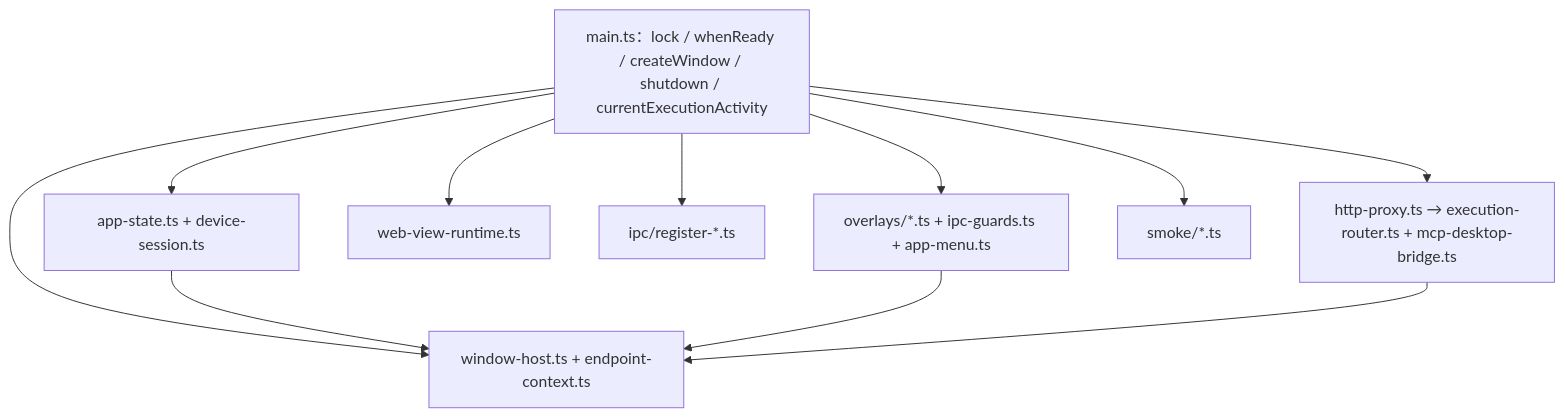
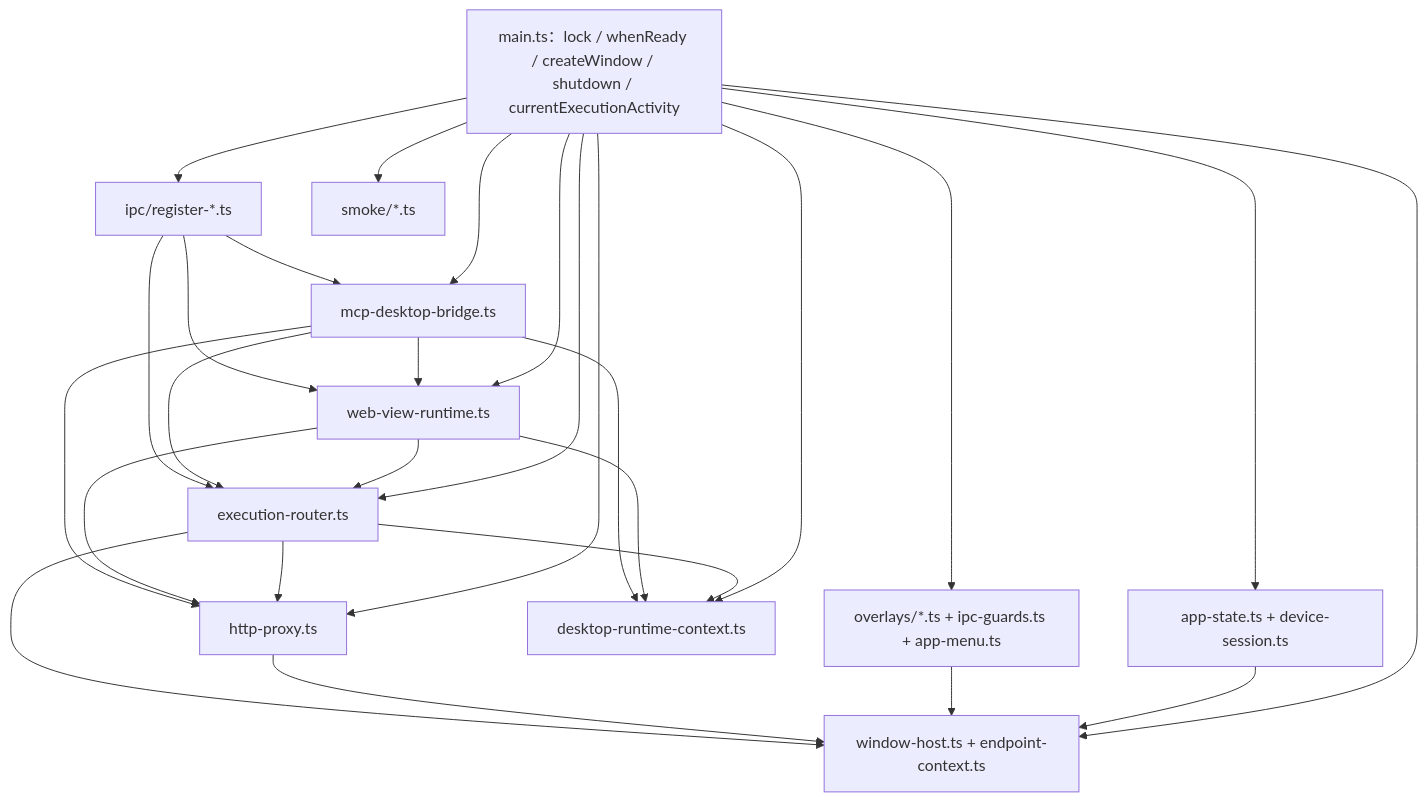
The fourth of 4 diagrams in docs/INTERNAL-STRUCTURE-REFACTOR.md (CANYOUFINDIT/viron), drawn with Mermaid before and after one commit. The commit also changed other lines of this file and 1 other file, not shown here.

````diff
--- a/docs/INTERNAL-STRUCTURE-REFACTOR.md
+++ b/docs/INTERNAL-STRUCTURE-REFACTOR.md
@@ -244,21 +274,40 @@
 ```mermaid
 flowchart TB
   Main["main.ts：lock / whenReady / createWindow / shutdown / currentExecutionActivity"]
   Leaf["window-host.ts + endpoint-context.ts"]
   State["app-state.ts + device-session.ts"]
   Overlays["overlays/*.ts + ipc-guards.ts + app-menu.ts"]
+  Runtime["desktop-runtime-context.ts"]
+  HTTP["http-proxy.ts"]
+  Execution["execution-router.ts"]
   WebView["web-view-runtime.ts"]
   IPC["ipc/register-*.ts"]
-  Exec["http-proxy.ts → execution-router.ts + mcp-desktop-bridge.ts"]
+  MCP["mcp-desktop-bridge.ts"]
   Smoke["smoke/*.ts"]
   Main --> Leaf
   Main --> State
   Main --> Overlays
+  Main --> Runtime
+  Main --> HTTP
+  Main --> Execution
   Main --> WebView
   Main --> IPC
-  Main --> Exec
+  Main --> MCP
   Main --> Smoke
   State --> Leaf
   Overlays --> Leaf
-  Exec --> Leaf
+  HTTP --> Leaf
+  Execution --> Runtime
+  Execution --> HTTP
+  Execution --> Leaf
+  WebView --> Runtime
+  WebView --> Execution
+  WebView --> HTTP
+  MCP --> Runtime
+  MCP --> Execution
+  MCP --> WebView
+  MCP --> HTTP
+  IPC --> MCP
+  IPC --> WebView
+  IPC --> Execution
 ```
````
